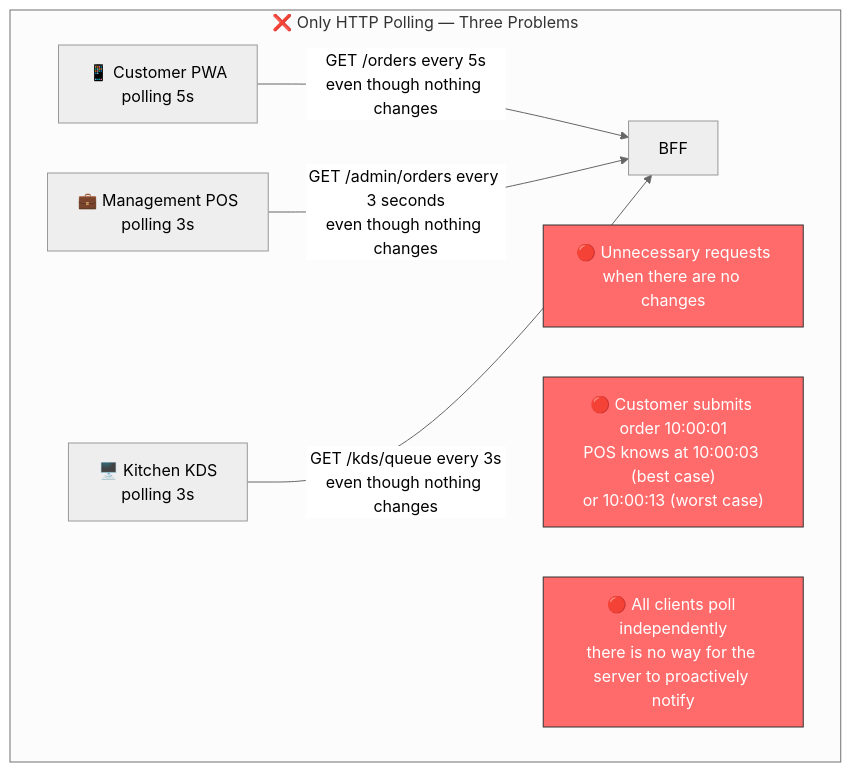
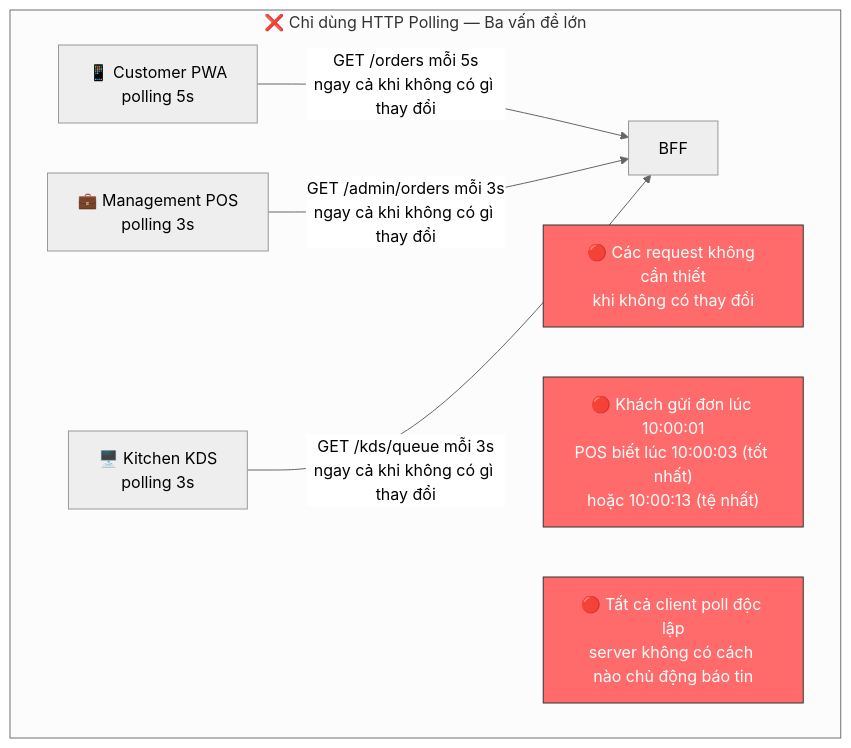
The first of 11 diagrams in docs/guides/websocket-socketio-qrtable.md (quan-vo-dinh/saas-pos-microservices-qrtable), drawn with Mermaid (neutral theme) before and after one commit. The commit also changed other lines of this file and 8 other files, not shown here.

Commit message:
docs: update architecture guides, codebase map, and consolidation plans

````diff
--- a/docs/guides/websocket-socketio-qrtable.md
+++ b/docs/guides/websocket-socketio-qrtable.md
@@ -47,21 +47,21 @@
 ```mermaid
 graph TB
-subgraph "❌ Only HTTP Polling — Three Problems"
+subgraph "❌ Chỉ dùng HTTP Polling — Ba vấn đề lớn"
         PWA["📱 Customer PWA\npolling 5s"]
         POS["💼 Management POS\npolling 3s"]
         KDS["🖥️ Kitchen KDS\npolling 3s"]
         BFF["BFF"]
 
-PWA -->|"GET /orders every 5s<br/>even though nothing changes"| BFF
-POS -->|"GET /admin/orders every 3 seconds<br/>even though nothing changes"| BFF
-KDS -->|"GET /kds/queue every 3s<br/>even though nothing changes"| BFF
+PWA -->|"GET /orders mỗi 5s<br/>ngay cả khi không có gì thay đổi"| BFF
+POS -->|"GET /admin/orders mỗi 3s<br/>ngay cả khi không có gì thay đổi"| BFF
+KDS -->|"GET /kds/queue mỗi 3s<br/>ngay cả khi không có gì thay đổi"| BFF
 
-P1["🔴 Unnecessary requests\nwhen there are no changes"]
-P2["🔴 Customer submits order 10:00:01\nPOS knows at 10:00:03 (best case)\nor 10:00:13 (worst case)"]
-P3["🔴 All clients poll independently\nthere is no way for the server to proactively notify"]
+P1["🔴 Các request không cần thiết\nkhi không có thay đổi"]
+P2["🔴 Khách gửi đơn lúc 10:00:01\nPOS biết lúc 10:00:03 (tốt nhất)\nhoặc 10:00:13 (tệ nhất)"]
+P3["🔴 Tất cả client poll độc lập\nserver không có cách nào chủ động báo tin"]
     end
 
     style P1 fill:#ff6b6b,stroke:#333,color:#fff
     style P2 fill:#ff6b6b,stroke:#333,color:#fff
     style P3 fill:#ff6b6b,stroke:#333,color:#fff
 ```
````
